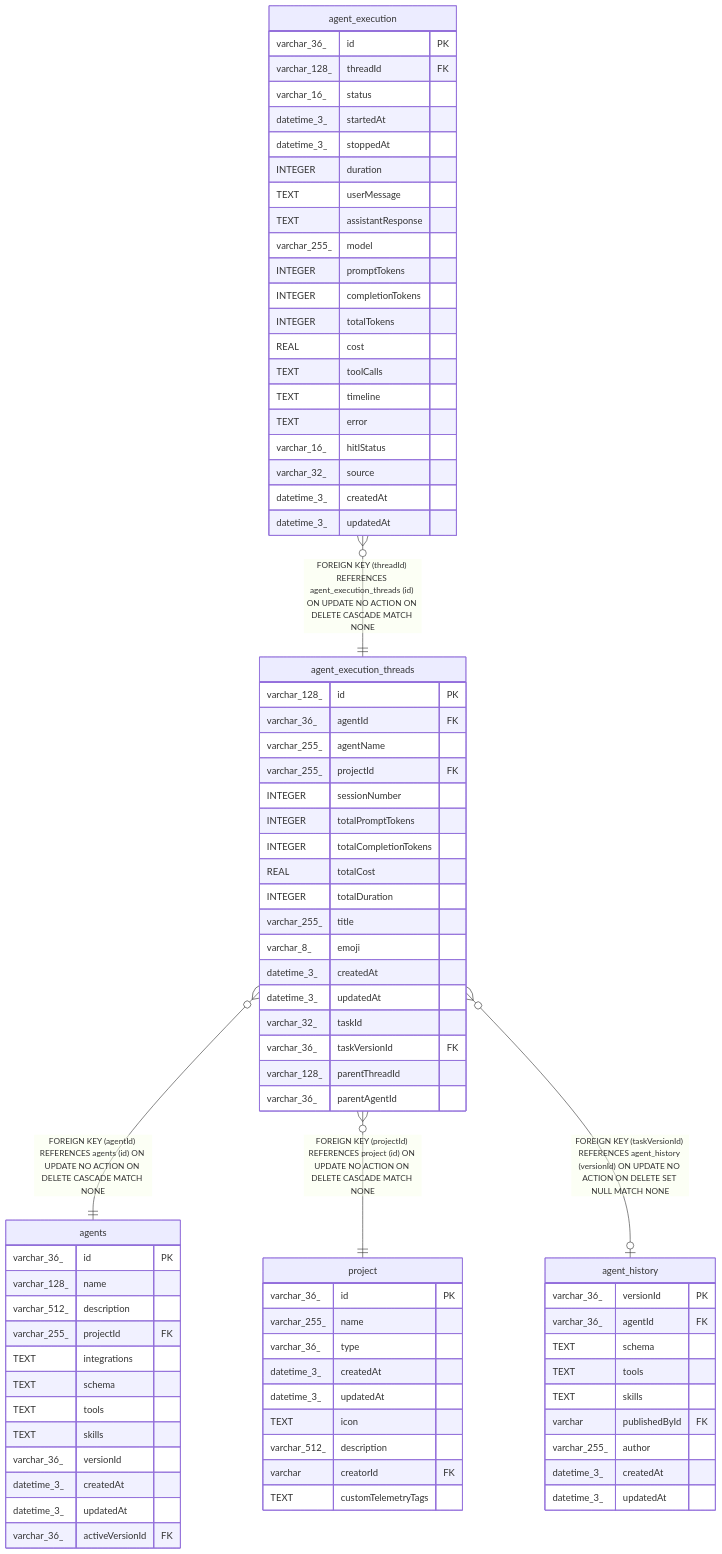
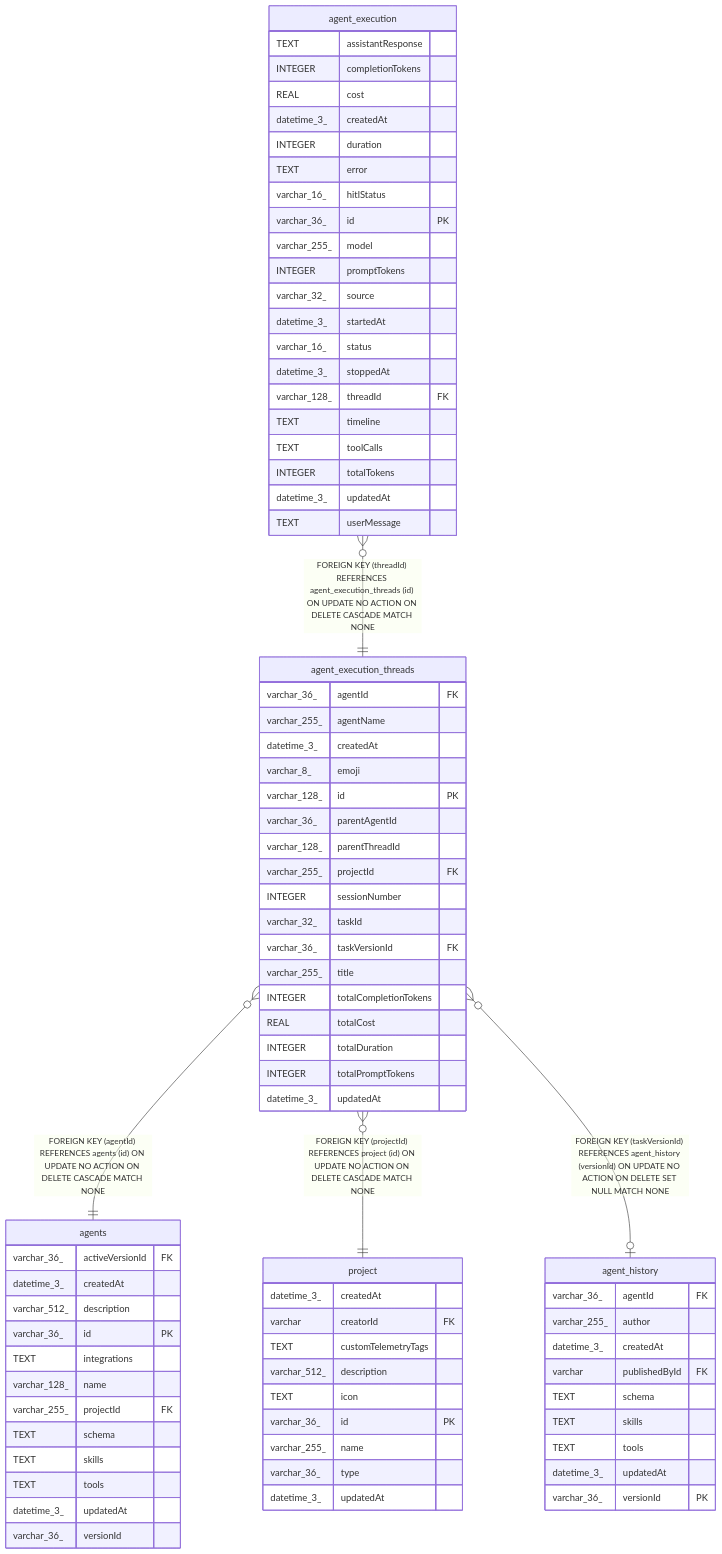
Before and after one commit to mayankjain1815-commits/n8n: the diagram in docs/generated/sqlite-schema/agent_execution_threads.md, drawn with Mermaid. The commit also changed other lines of this file and 221 other files, not shown here.

Commit message:
chore(core): Make DB schema docs generation deterministic (#32373)

````diff
--- a/docs/generated/sqlite-schema/agent_execution_threads.md
+++ b/docs/generated/sqlite-schema/agent_execution_threads.md
@@ -57,86 +57,86 @@
 ```mermaid
 erDiagram
 
+"agent_execution_threads" }o--|| "agents" : "FOREIGN KEY (agentId) REFERENCES agents (id) ON UPDATE NO ACTION ON DELETE CASCADE MATCH NONE"
 "agent_execution" }o--|| "agent_execution_threads" : "FOREIGN KEY (threadId) REFERENCES agent_execution_threads (id) ON UPDATE NO ACTION ON DELETE CASCADE MATCH NONE"
-"agent_execution_threads" }o--|| "agents" : "FOREIGN KEY (agentId) REFERENCES agents (id) ON UPDATE NO ACTION ON DELETE CASCADE MATCH NONE"
 "agent_execution_threads" }o--|| "project" : "FOREIGN KEY (projectId) REFERENCES project (id) ON UPDATE NO ACTION ON DELETE CASCADE MATCH NONE"
 "agent_execution_threads" }o--o| "agent_history" : "FOREIGN KEY (taskVersionId) REFERENCES agent_history (versionId) ON UPDATE NO ACTION ON DELETE SET NULL MATCH NONE"
 
 "agent_execution_threads" {
-  varchar_128_ id PK
   varchar_36_ agentId FK
   varchar_255_ agentName
+  datetime_3_ createdAt
+  varchar_8_ emoji
+  varchar_128_ id PK
+  varchar_36_ parentAgentId
+  varchar_128_ parentThreadId
   varchar_255_ projectId FK
   INTEGER sessionNumber
-  INTEGER totalPromptTokens
+  varchar_32_ taskId
+  varchar_36_ taskVersionId FK
+  varchar_255_ title
   INTEGER totalCompletionTokens
   REAL totalCost
   INTEGER totalDuration
-  varchar_255_ title
-  varchar_8_ emoji
-  datetime_3_ createdAt
-  datetime_3_ updatedAt
-  varchar_32_ taskId
-  varchar_36_ taskVersionId FK
-  varchar_128_ parentThreadId
-  varchar_36_ parentAgentId
-}
-"agent_execution" {
-  varchar_36_ id PK
-  varchar_128_ threadId FK
-  varchar_16_ status
-  datetime_3_ startedAt
-  datetime_3_ stoppedAt
-  INTEGER duration
-  TEXT userMessage
-  TEXT assistantResponse
-  varchar_255_ model
-  INTEGER promptTokens
-  INTEGER completionTokens
-  INTEGER totalTokens
-  REAL cost
-  TEXT toolCalls
-  TEXT timeline
-  TEXT error
-  varchar_16_ hitlStatus
-  varchar_32_ source
-  datetime_3_ createdAt
+  INTEGER totalPromptTokens
   datetime_3_ updatedAt
 }
 "agents" {
+  varchar_36_ activeVersionId FK
+  datetime_3_ createdAt
+  varchar_512_ description
   varchar_36_ id PK
+  TEXT integrations
   varchar_128_ name
-  varchar_512_ description
   varchar_255_ projectId FK
-  TEXT integrations
   TEXT schema
+  TEXT skills
   TEXT tools
-  TEXT skills
+  datetime_3_ updatedAt
   varchar_36_ versionId
+}
+"agent_execution" {
+  TEXT assistantResponse
+  INTEGER completionTokens
+  REAL cost
   datetime_3_ createdAt
+  INTEGER duration
+  TEXT error
+  varchar_16_ hitlStatus
+  varchar_36_ id PK
+  varchar_255_ model
+  INTEGER promptTokens
+  varchar_32_ source
+  datetime_3_ startedAt
+  varchar_16_ status
+  datetime_3_ stoppedAt
+  varchar_128_ threadId FK
+  TEXT timeline
+  TEXT toolCalls
+  INTEGER totalTokens
   datetime_3_ updatedAt
-  varchar_36_ activeVersionId FK
+  TEXT userMessage
 }
 "project" {
+  datetime_3_ createdAt
+  varchar creatorId FK
+  TEXT customTelemetryTags
+  varchar_512_ description
+  TEXT icon
   varchar_36_ id PK
   varchar_255_ name
   varchar_36_ type
-  datetime_3_ createdAt
   datetime_3_ updatedAt
-  TEXT icon
-  varchar_512_ description
-  varchar creatorId FK
-  TEXT customTelemetryTags
 }
 "agent_history" {
-  varchar_36_ versionId PK
   varchar_36_ agentId FK
-  TEXT schema
-  TEXT tools
-  TEXT skills
-  varchar publishedById FK
   varchar_255_ author
   datetime_3_ createdAt
+  varchar publishedById FK
+  TEXT schema
+  TEXT skills
+  TEXT tools
   datetime_3_ updatedAt
+  varchar_36_ versionId PK
 }
 ```
````
